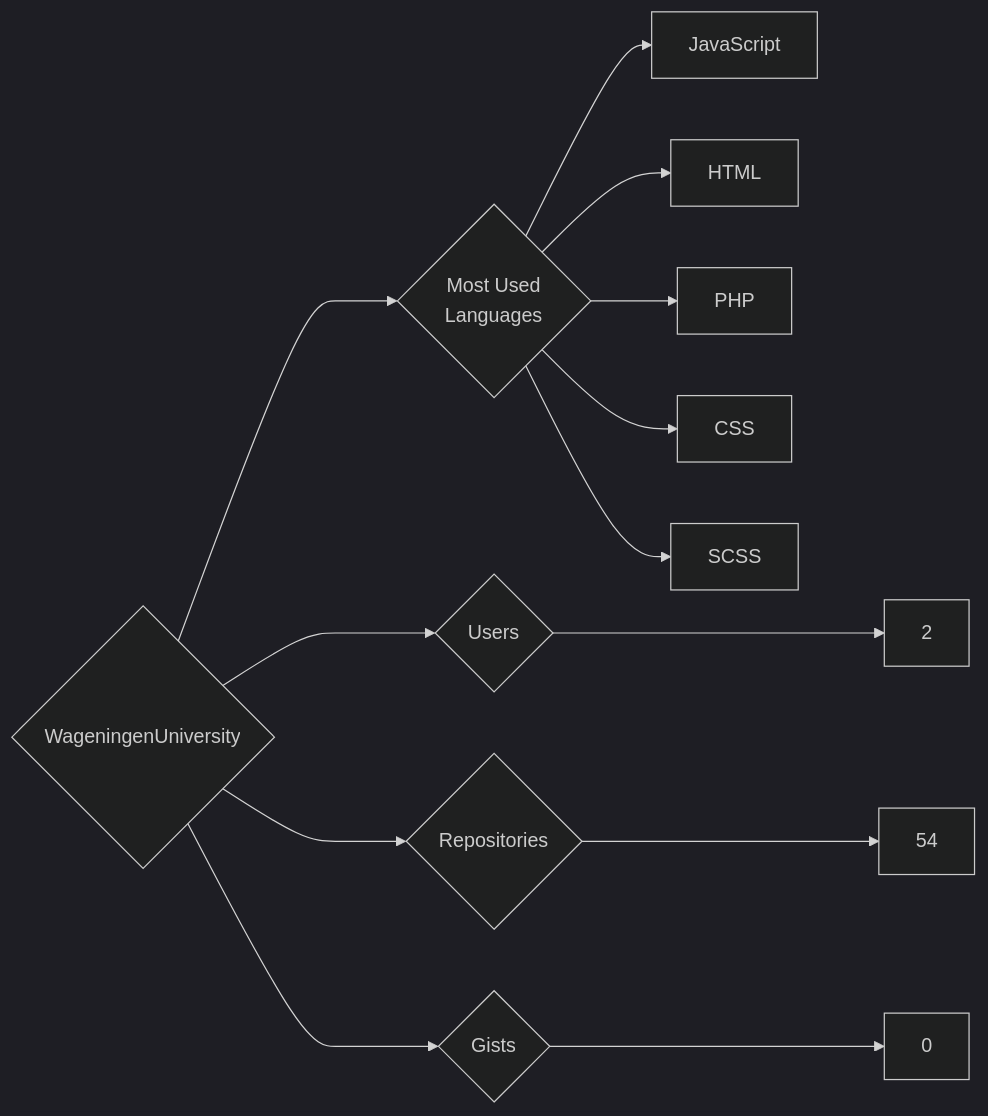
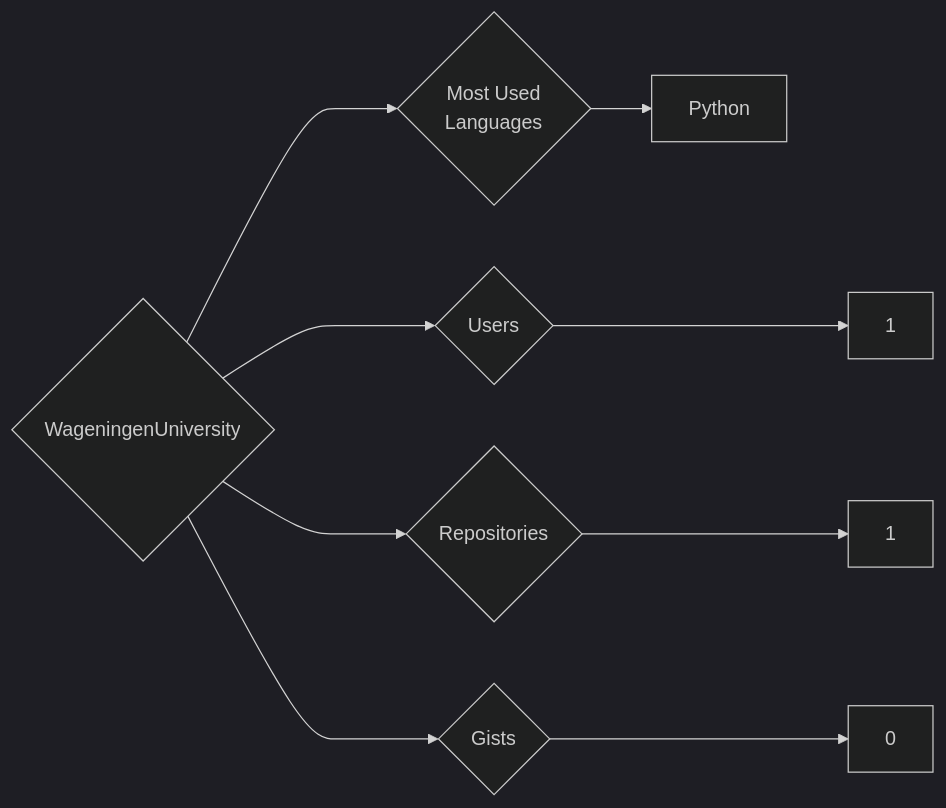
The diagram in targets/WageningenUniversity/README.md (trickest/insiders), drawn with Mermaid (dark theme) before and after one commit. The commit also changed 1479 other files, not shown here.

````diff
--- a/targets/WageningenUniversity/README.md
+++ b/targets/WageningenUniversity/README.md
@@ -3,13 +3,9 @@
 ```mermaid
 graph LR
 COMPANY_NAME{WageningenUniversity}
-COMPANY_NAME ---> U{Users} ---> UN[2]
-COMPANY_NAME ---> R{Repositories} ---> RN[54]
+COMPANY_NAME ---> U{Users} ---> UN[1]
+COMPANY_NAME ---> R{Repositories} ---> RN[1]
 COMPANY_NAME ---> G{Gists} ---> GN[0]
 COMPANY_NAME ---> ML{Most Used<br>Languages}
-ML --> JavaScript[JavaScript]
-ML --> HTML[HTML]
-ML --> PHP[PHP]
-ML --> CSS[CSS]
-ML --> SCSS[SCSS]
+ML --> Python[Python]
 ```
````
